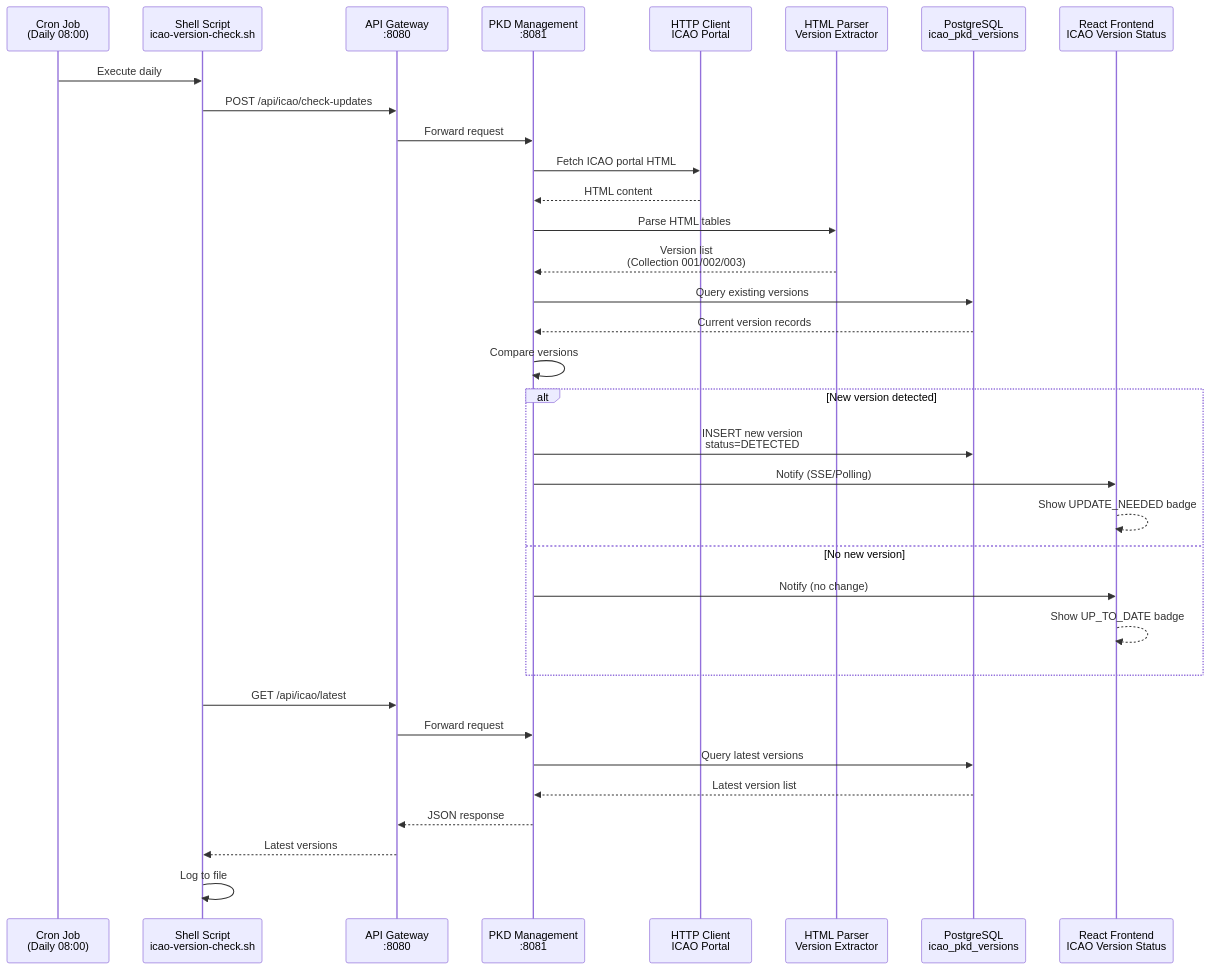
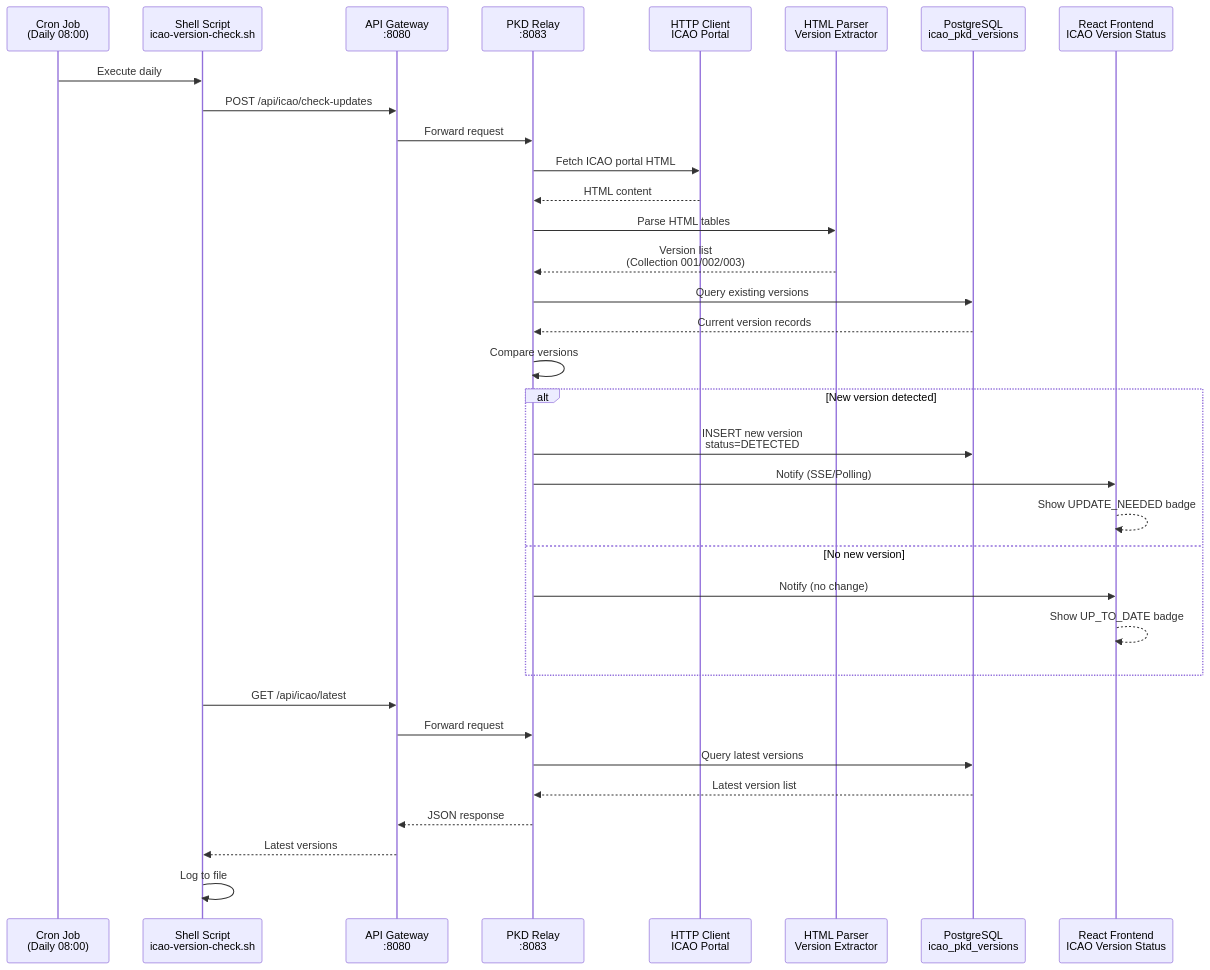
Diagram 11 of 17 in docs/ARCHITECTURE.md (iland112/icao-local-pkd-cpp), drawn with Mermaid before and after one commit. The commit also changed other lines of this file and 6 other files, not shown here.

````diff
--- a/docs/ARCHITECTURE.md
+++ b/docs/ARCHITECTURE.md
@@ -1195,43 +1171,43 @@
 ```mermaid
 sequenceDiagram
     participant Cron as Cron Job<br/>(Daily 08:00)
     participant Script as Shell Script<br/>icao-version-check.sh
     participant API as API Gateway<br/>:8080
-    participant PKD as PKD Management<br/>:8081
+    participant Relay as PKD Relay<br/>:8083
     participant HTTP as HTTP Client<br/>ICAO Portal
     participant Parser as HTML Parser<br/>Version Extractor
     participant DB as PostgreSQL<br/>icao_pkd_versions
     participant Dashboard as React Frontend<br/>ICAO Version Status
 
     Cron->>Script: Execute daily
     Script->>API: POST /api/icao/check-updates
-    API->>PKD: Forward request
+    API->>Relay: Forward request
 
-    PKD->>HTTP: Fetch ICAO portal HTML
-    HTTP-->>PKD: HTML content
+    Relay->>HTTP: Fetch ICAO portal HTML
+    HTTP-->>Relay: HTML content
 
-    PKD->>Parser: Parse HTML tables
-    Parser-->>PKD: Version list<br/>(Collection 001/002/003)
+    Relay->>Parser: Parse HTML tables
+    Parser-->>Relay: Version list<br/>(Collection 001/002/003)
 
-    PKD->>DB: Query existing versions
-    DB-->>PKD: Current version records
+    Relay->>DB: Query existing versions
+    DB-->>Relay: Current version records
 
-    PKD->>PKD: Compare versions
+    Relay->>Relay: Compare versions
 
     alt New version detected
-        PKD->>DB: INSERT new version<br/>status=DETECTED
-        PKD->>Dashboard: Notify (SSE/Polling)
+        Relay->>DB: INSERT new version<br/>status=DETECTED
+        Relay->>Dashboard: Notify (SSE/Polling)
         Dashboard-->>Dashboard: Show UPDATE_NEEDED badge
     else No new version
-        PKD->>Dashboard: Notify (no change)
+        Relay->>Dashboard: Notify (no change)
         Dashboard-->>Dashboard: Show UP_TO_DATE badge
     end
 
     Script->>API: GET /api/icao/latest
-    API->>PKD: Forward request
-    PKD->>DB: Query latest versions
-    DB-->>PKD: Latest version list
-    PKD-->>API: JSON response
+    API->>Relay: Forward request
+    Relay->>DB: Query latest versions
+    DB-->>Relay: Latest version list
+    Relay-->>API: JSON response
     API-->>Script: Latest versions
     Script->>Script: Log to file
 ```
````
